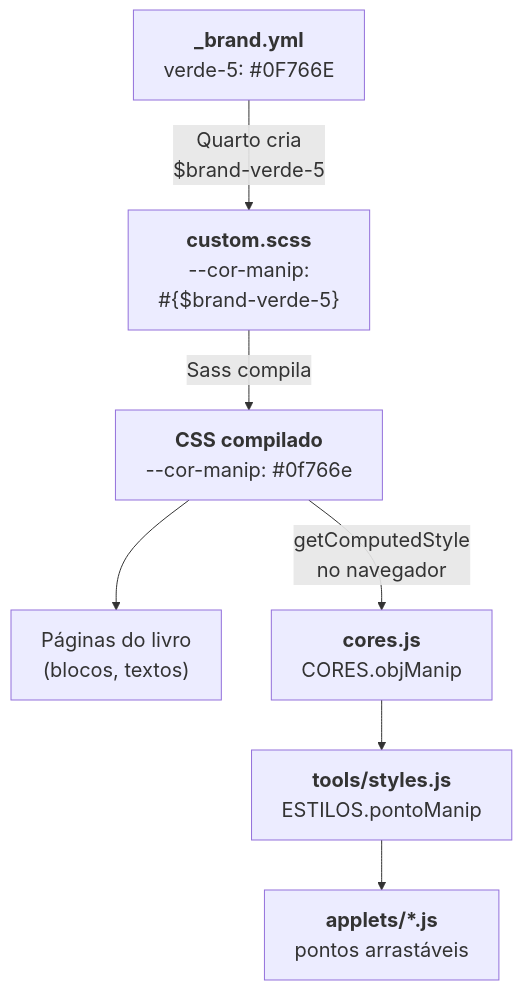
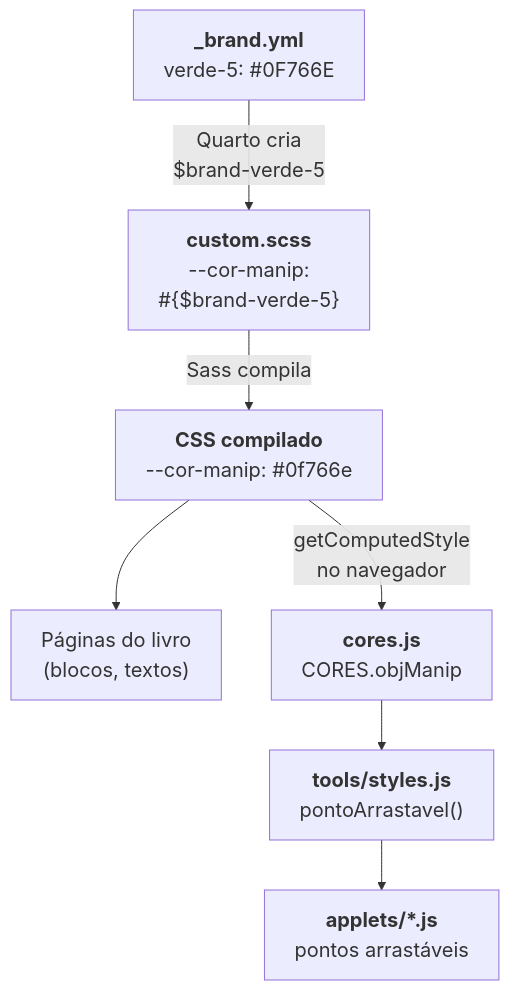
Before and after one commit to lcmerlo/livro-online-fcg: the fourth of 9 diagrams in _interno/diretrizes/arquitetura.md, drawn with Mermaid. The commit also changed other lines of this file and 8 other files, not shown here.

````diff
--- a/_interno/diretrizes/arquitetura.md
+++ b/_interno/diretrizes/arquitetura.md
@@ -255,18 +257,18 @@
 ```mermaid
 %%{init: {"themeVariables": {"fontSize": "20px"}, "flowchart": {"wrappingWidth": 420}}}%%
 flowchart TD
     b["<b>_brand.yml</b><br/>verde-5: #0F766E"]
     s["<b>custom.scss</b><br/>--cor-manip:<br/>#{$brand-verde-5}"]
     css["<b>CSS compilado</b><br/>--cor-manip: #0f766e"]
     site["Páginas do livro<br/>(blocos, textos)"]
     c["<b>cores.js</b><br/>CORES.objManip"]
-    st["<b>tools/styles.js</b><br/>ESTILOS.pontoManip"]
+    st["<b>tools/styles.js</b><br/>pontoArrastavel()"]
     a["<b>applets/*.js</b><br/>pontos arrastáveis"]
 
     b -->|"Quarto cria<br/>$brand-verde-5"| s
     s -->|"Sass compila"| css
     css --> site
     css -->|"getComputedStyle<br/>no navegador"| c
     c --> st
     st --> a
 ```
````
